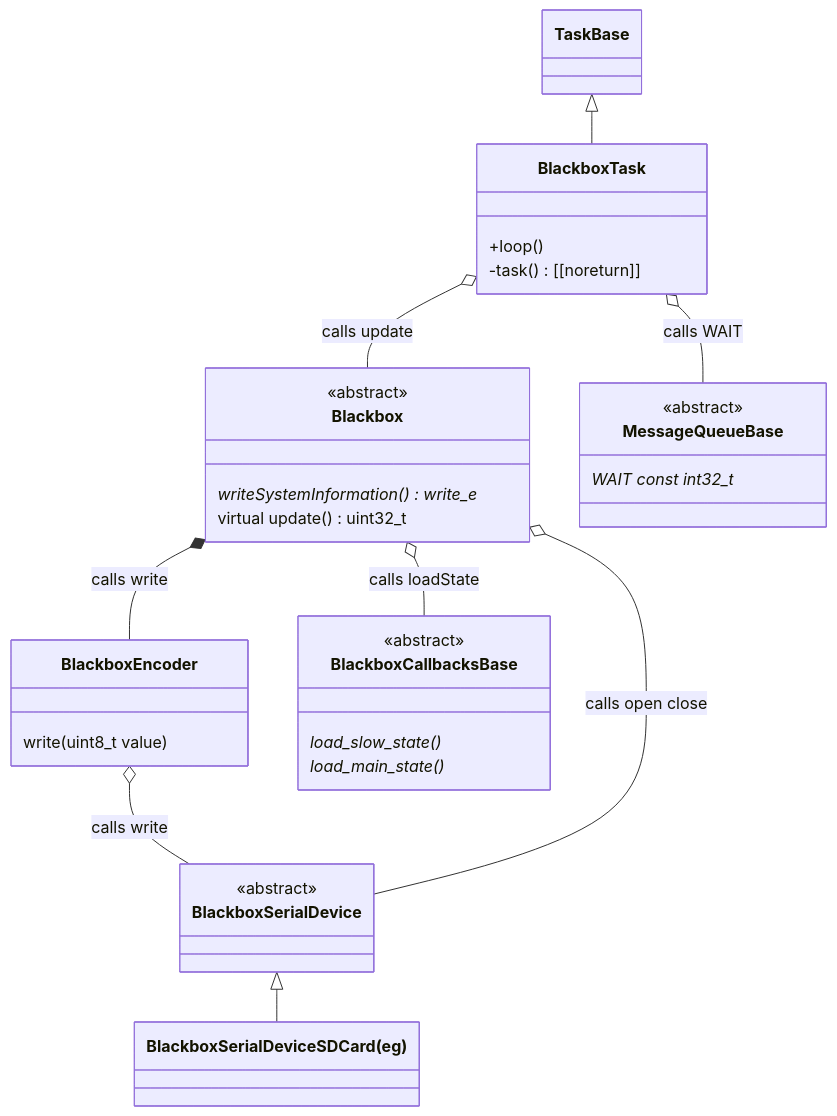
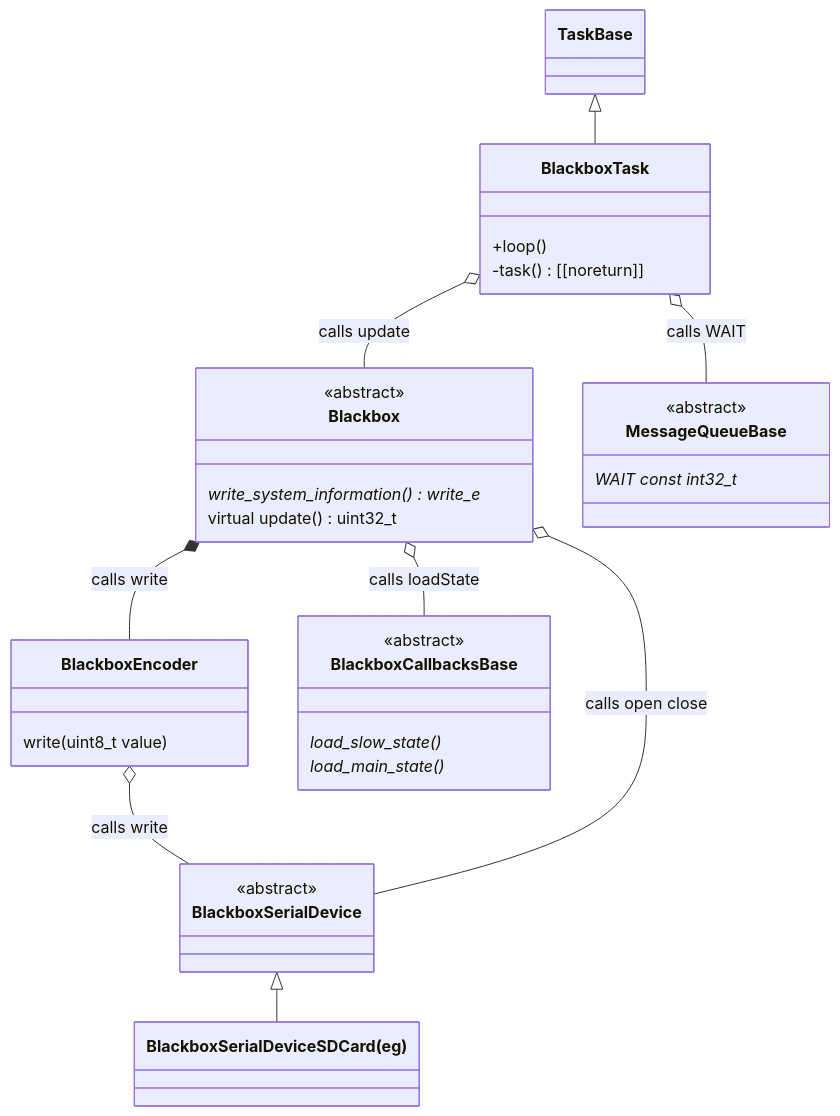
The diagram in README.md (martinbudden/Library-Blackbox), drawn with Mermaid before and after one commit. The commit also changed 8 other files, not shown here.

````diff
--- a/README.md
+++ b/README.md
@@ -46,39 +46,39 @@
 ```mermaid
 classDiagram
     class BlackboxEncoder {
         write(uint8_t value)
     }
     class Blackbox {
         <<abstract>>
-        writeSystemInformation() write_e *
+        write_system_information() write_e *
         virtual update() uint32_t
     }
     class BlackboxCallbacksBase {
         <<abstract>>
         load_slow_state() *
         load_main_state() *
     }
     class MessageQueueBase {
         <<abstract>>
         WAIT const int32_t *
     }
     class BlackboxSerialDevice {
         <<abstract>>
     }
     class BlackboxSerialDeviceSDCard["BlackboxSerialDeviceSDCard(eg)"]
 
     Blackbox o-- BlackboxCallbacksBase : calls loadState
     Blackbox *-- BlackboxEncoder : calls write
     BlackboxEncoder o-- BlackboxSerialDevice : calls write
     Blackbox o-- BlackboxSerialDevice : calls open close
     %%BlackboxSerialDevice --o BlackboxEncoder : calls write
     BlackboxSerialDevice <|-- BlackboxSerialDeviceSDCard
 
     TaskBase <|-- BlackboxTask
     class BlackboxTask {
         +loop()
         -task() [[noreturn]]
     }
     BlackboxTask o-- MessageQueueBase : calls WAIT
     BlackboxTask o-- Blackbox : calls update
 ```
````
